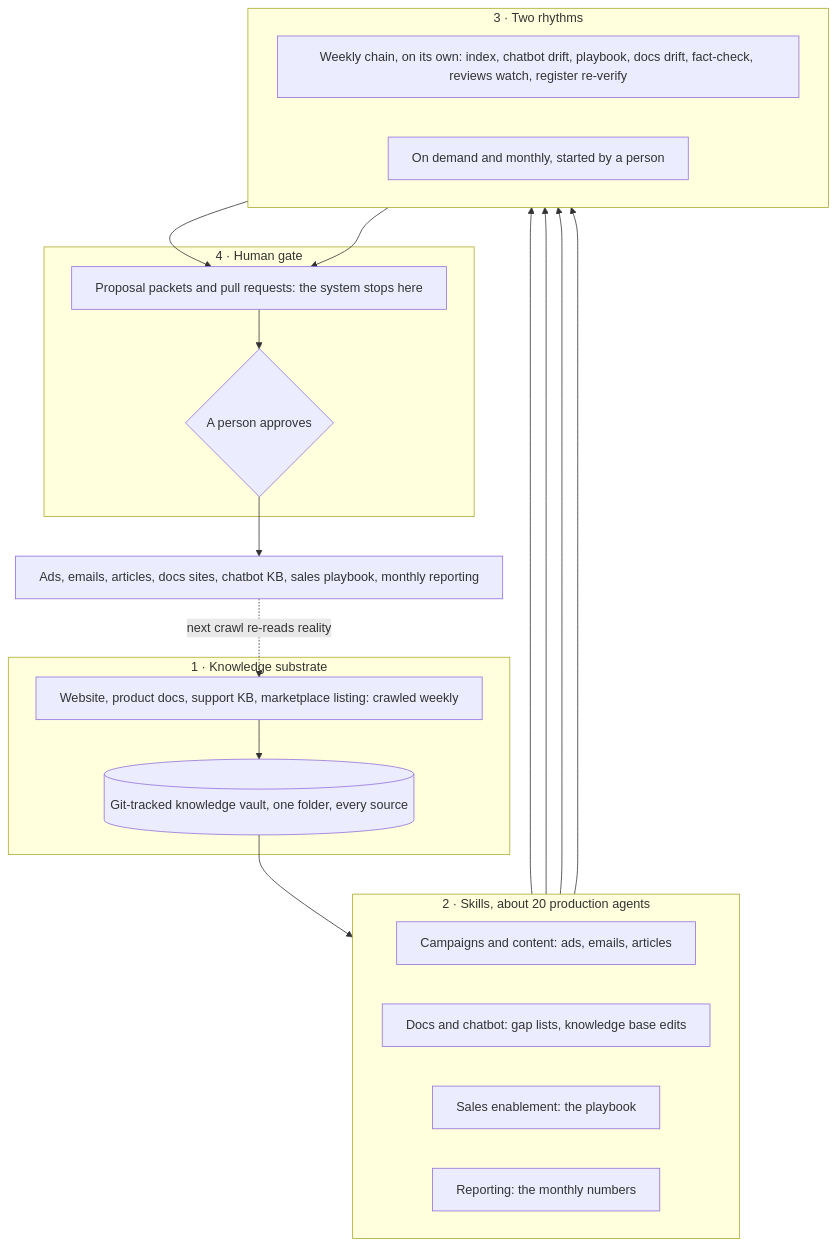
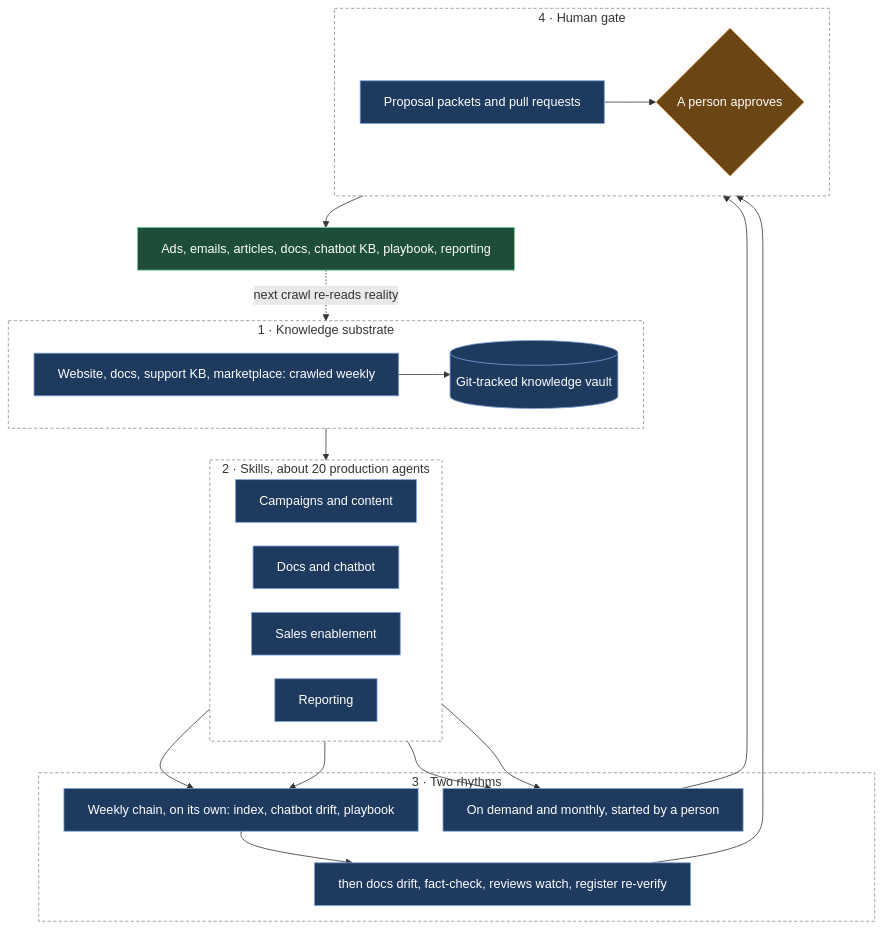
Before and after one commit to nunomnferreirapt/ai-operated-growth-engine: the diagram in evidence/case-studies/how-it-was-run-the-ai-operating-system.md, drawn with Mermaid. The commit also changed 3 other files, not shown here.

First line of the commit message:
Diagram template across the four diagrams: vertical, short labels, navy system, amber where a person decides, green outputs, dashed groups; chapter 1 order follows the deal, dormant and edge-case boxes out (Nuno, 19 Oct)

````diff
--- a/evidence/case-studies/how-it-was-run-the-ai-operating-system.md
+++ b/evidence/case-studies/how-it-was-run-the-ai-operating-system.md
@@ -24,31 +24,39 @@
 ```mermaid
-%%{init: {"flowchart": {"wrappingWidth": 600}}}%%
+%%{init: {"flowchart": {"wrappingWidth": 600, "nodeSpacing": 30, "rankSpacing": 40}}}%%
 flowchart TB
     subgraph L1["1 · Knowledge substrate"]
-        S["Website, product docs, support KB, marketplace listing: crawled weekly"] --> V[("Git-tracked knowledge vault, one folder, every source")]
+        direction LR
+        S["Website, docs, support KB, marketplace: crawled weekly"]:::sys --> V[("Git-tracked knowledge vault")]:::sys
     end
     subgraph L2["2 · Skills, about 20 production agents"]
         direction LR
-        A["Campaigns and content: ads, emails, articles"]
-        D["Docs and chatbot: gap lists, knowledge base edits"]
-        E["Sales enablement: the playbook"]
-        R["Reporting: the monthly numbers"]
+        A["Campaigns and content"]:::sys
+        D["Docs and chatbot"]:::sys
+        E["Sales enablement"]:::sys
+        R["Reporting"]:::sys
     end
-    V --> L2
+    L1 --> L2
     subgraph L3["3 · Two rhythms"]
-        direction LR
-        CH["Weekly chain, on its own: index, chatbot drift, playbook, docs drift, fact-check, reviews watch, register re-verify"]
-        OD["On demand and monthly, started by a person"]
+        CHa["Weekly chain, on its own: index, chatbot drift, playbook"]:::sys --> CHb["then docs drift, fact-check, reviews watch, register re-verify"]:::sys
+        OD["On demand and monthly, started by a person"]:::sys
     end
-    D --> CH
-    E --> CH
+    D --> CHa
+    E --> CHa
     A --> OD
     R --> OD
     subgraph L4["4 · Human gate"]
-        P["Proposal packets and pull requests: the system stops here"] --> H{"A person approves"}
+        direction LR
+        P["Proposal packets and pull requests"]:::sys --> H{"A person approves"}:::human
     end
-    CH --> P
+    CHb --> P
     OD --> P
-    H --> OUT["Ads, emails, articles, docs sites, chatbot KB, sales playbook, monthly reporting"]
+    H --> OUT["Ads, emails, articles, docs, chatbot KB, playbook, reporting"]:::out
     OUT -.->|next crawl re-reads reality| S
+    classDef sys fill:#1f3a5f,stroke:#7aa2d8,color:#ffffff
+    classDef human fill:#6b4514,stroke:#e0a95a,color:#ffffff
+    classDef out fill:#1e4d3a,stroke:#6fcf97,color:#ffffff
+    style L1 fill:transparent,stroke:#7f8c9a,stroke-dasharray:4 3
+    style L2 fill:transparent,stroke:#7f8c9a,stroke-dasharray:4 3
+    style L3 fill:transparent,stroke:#7f8c9a,stroke-dasharray:4 3
+    style L4 fill:transparent,stroke:#7f8c9a,stroke-dasharray:4 3
 ```
````
